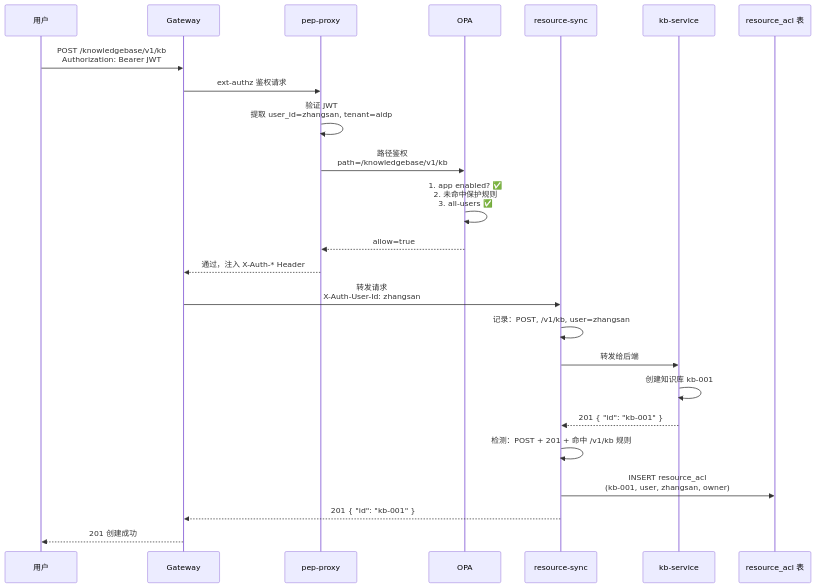
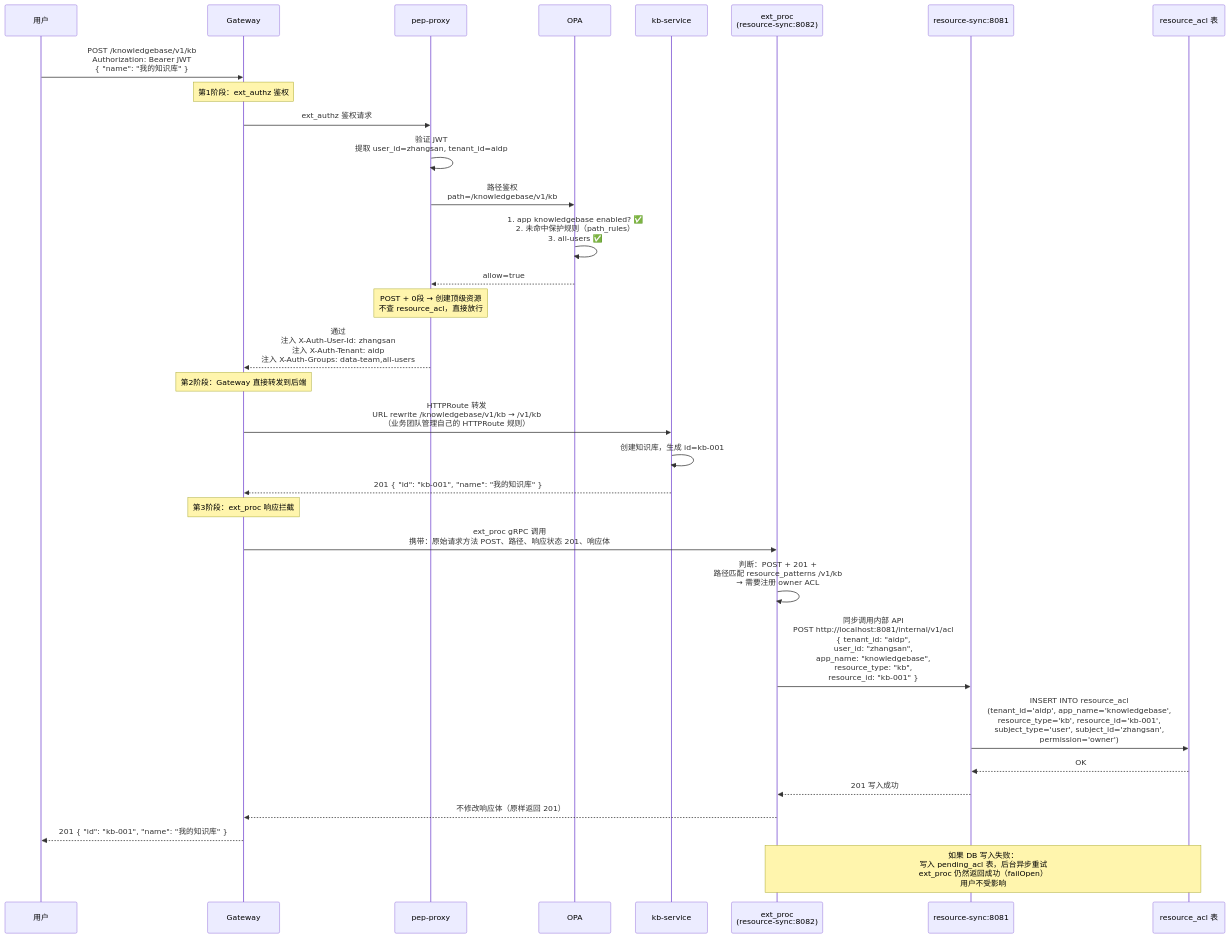
One commit to xiewanchao/aidp-iam changed the eighth of 15 diagrams in diagrams/request-flow.md. Above: the diagram before and after it, drawn with Mermaid. The commit also changed other lines of this file and 5 other files, not shown here.

````diff
--- a/diagrams/request-flow.md
+++ b/diagrams/request-flow.md
@@ -274,27 +298,43 @@
 ```mermaid
 sequenceDiagram
     participant U as 用户
     participant GW as Gateway
     participant PEP as pep-proxy
     participant OPA as OPA
-    participant RS as resource-sync
     participant KB as kb-service
+    participant EP as ext_proc<br/>(resource-sync:8082)
+    participant API as resource-sync:8081
     participant DB as resource_acl 表
 
-    U->>GW: POST /knowledgebase/v1/kb<br/>Authorization: Bearer JWT
-    GW->>PEP: ext-authz 鉴权请求
-    PEP->>PEP: 验证 JWT<br/>提取 user_id=zhangsan, tenant=aidp
+    U->>GW: POST /knowledgebase/v1/kb<br/>Authorization: Bearer JWT<br/>{ "name": "我的知识库" }
+
+    Note over GW: 第1阶段：ext_authz 鉴权
+    GW->>PEP: ext_authz 鉴权请求
+    PEP->>PEP: 验证 JWT<br/>提取 user_id=zhangsan, tenant_id=aidp
     PEP->>OPA: 路径鉴权<br/>path=/knowledgebase/v1/kb
-    OPA->>OPA: 1. app enabled? ✅<br/>2. 未命中保护规则<br/>3. all-users ✅
+    OPA->>OPA: 1. app knowledgebase enabled? ✅<br/>2. 未命中保护规则（path_rules）<br/>3. all-users ✅
     OPA-->>PEP: allow=true
-    PEP-->>GW: 通过，注入 X-Auth-* Header
-    GW->>RS: 转发请求<br/>X-Auth-User-Id: zhangsan
-    RS->>RS: 记录：POST, /v1/kb, user=zhangsan
-    RS->>KB: 转发给后端
-    KB->>KB: 创建知识库 kb-001
-    KB-->>RS: 201 { "id": "kb-001" }
-    RS->>RS: 检测：POST + 201 + 命中 /v1/kb 规则
-    RS->>DB: INSERT resource_acl<br/>(kb-001, user, zhangsan, owner)
-    RS-->>GW: 201 { "id": "kb-001" }
-    GW-->>U: 201 创建成功
+
+    Note over PEP: POST + 0段 → 创建顶级资源<br/>不查 resource_acl，直接放行
+    PEP-->>GW: 通过<br/>注入 X-Auth-User-Id: zhangsan<br/>注入 X-Auth-Tenant: aidp<br/>注入 X-Auth-Groups: data-team,all-users
+
+    Note over GW: 第2阶段：Gateway 直接转发到后端
+    GW->>KB: HTTPRoute 转发<br/>URL rewrite /knowledgebase/v1/kb → /v1/kb<br/>（业务团队管理自己的 HTTPRoute 规则）
+    KB->>KB: 创建知识库，生成 id=kb-001
+    KB-->>GW: 201 { "id": "kb-001", "name": "我的知识库" }
+
+    Note over GW: 第3阶段：ext_proc 响应拦截
+    GW->>EP: ext_proc gRPC 调用<br/>携带：原始请求方法 POST、路径、响应状态 201、响应体
+    EP->>EP: 判断：POST + 201 +<br/>路径匹配 resource_patterns /v1/kb<br/>→ 需要注册 owner ACL
+
+    EP->>API: 同步调用内部 API<br/>POST http://localhost:8081/internal/v1/acl<br/>{ tenant_id: "aidp",<br/>  user_id: "zhangsan",<br/>  app_name: "knowledgebase",<br/>  resource_type: "kb",<br/>  resource_id: "kb-001" }
+    API->>DB: INSERT INTO resource_acl<br/>(tenant_id='aidp', app_name='knowledgebase',<br/>resource_type='kb', resource_id='kb-001',<br/>subject_type='user', subject_id='zhangsan',<br/>permission='owner')
+    DB-->>API: OK
+    API-->>EP: 201 写入成功
+
+    EP-->>GW: 不修改响应体（原样返回 201）
+
+    GW-->>U: 201 { "id": "kb-001", "name": "我的知识库" }
+
+    Note over EP,DB: 如果 DB 写入失败：<br/>写入 pending_acl 表，后台异步重试<br/>ext_proc 仍然返回成功（failOpen）<br/>用户不受影响
 ```
````
